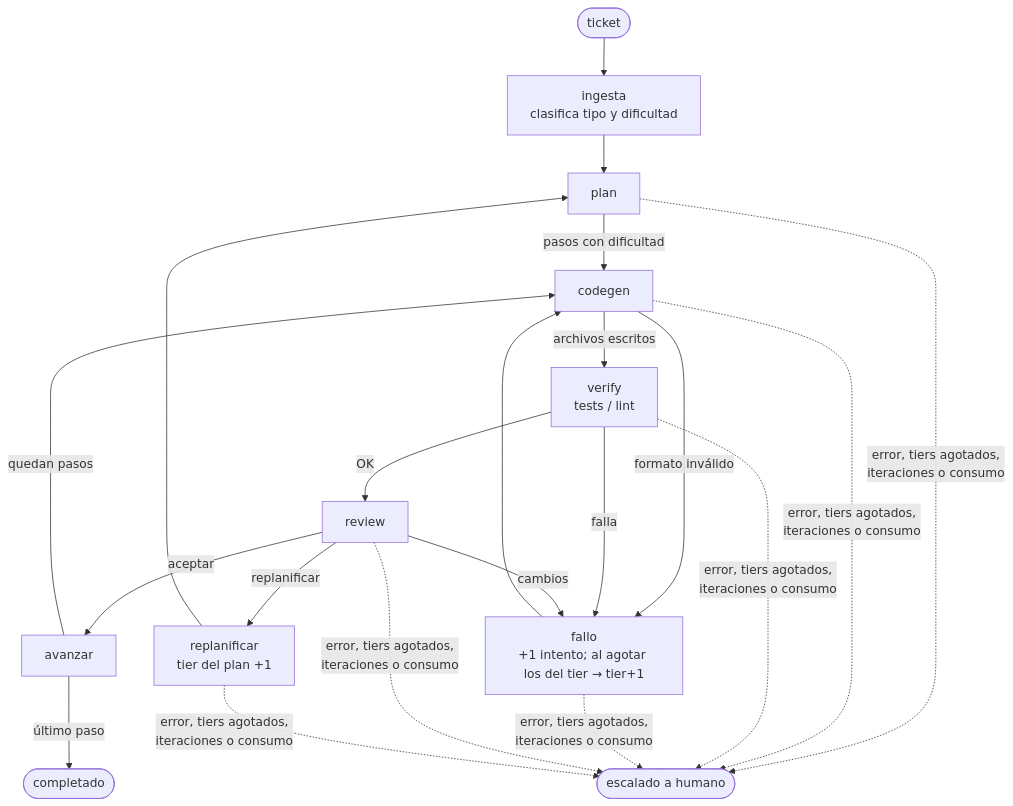
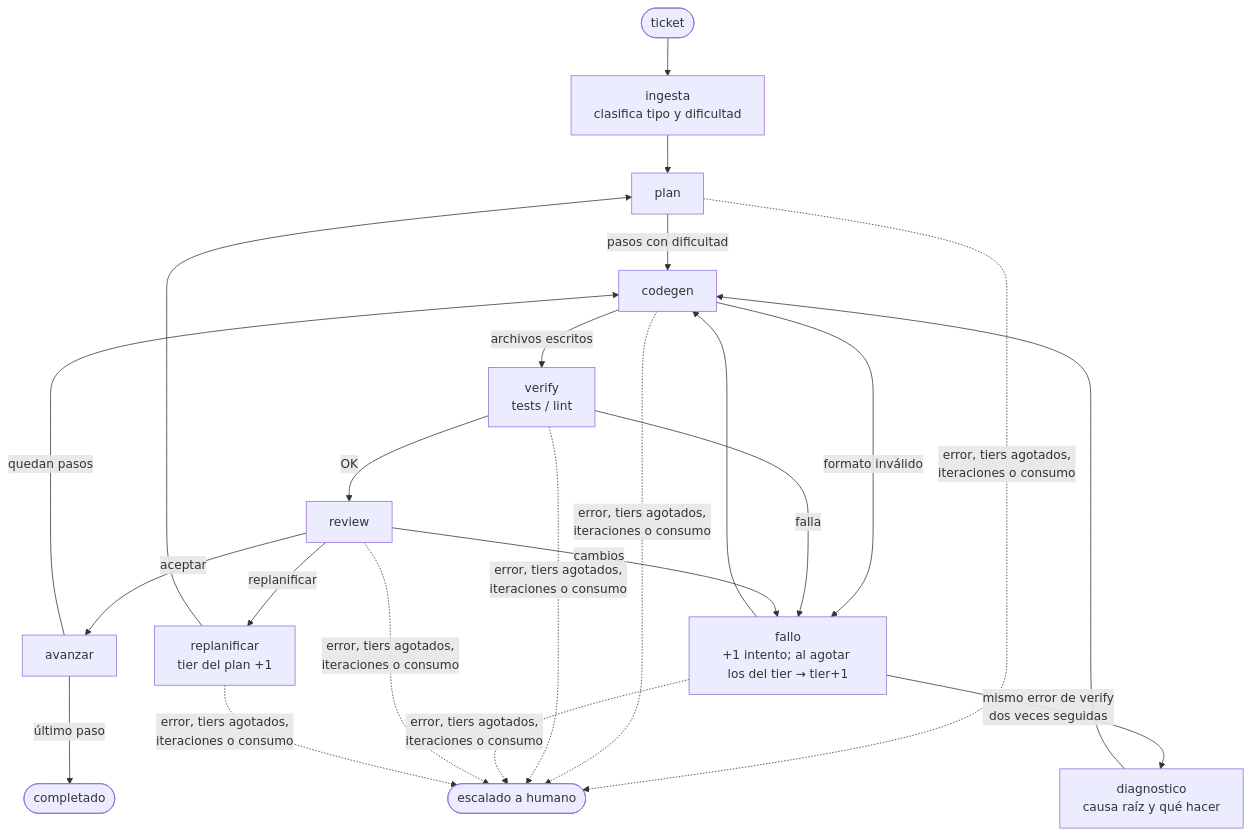
One commit to MoiMorua/graphai changed the diagram in README.md. Above: the diagram before and after it, drawn with Mermaid. The commit also changed other lines of this file and 6 other files, not shown here.

````diff
--- a/README.md
+++ b/README.md
@@ -142,18 +142,20 @@
 ```mermaid
 flowchart TD
     S([ticket]) --> ingesta[ingesta<br/>clasifica tipo y dificultad]
     ingesta --> plan
     plan -->|pasos con dificultad| codegen
     codegen -->|archivos escritos| verify[verify<br/>tests / lint]
     codegen -->|formato inválido| fallo
     verify -->|OK| review
     verify -->|falla| fallo[fallo<br/>+1 intento; al agotar los del tier → tier+1]
     fallo --> codegen
+    fallo -->|mismo error de verify<br/>dos veces seguidas| diagnostico[diagnostico<br/>causa raíz y qué hacer]
+    diagnostico --> codegen
     review -->|aceptar| avanzar
     review -->|cambios| fallo
     review -->|replanificar| replanificar[replanificar<br/>tier del plan +1]
     replanificar --> plan
     avanzar -->|quedan pasos| codegen
     avanzar -->|último paso| fin([completado])
     plan & codegen & verify & fallo & review & replanificar -.->|error, tiers agotados,<br/>iteraciones o consumo| humano([escalado a humano])
 ```
````
